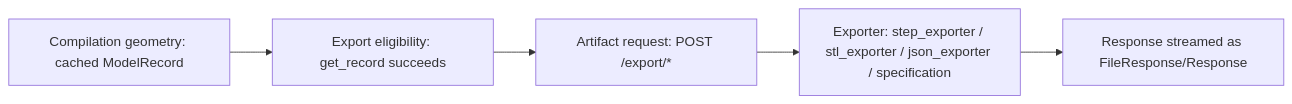
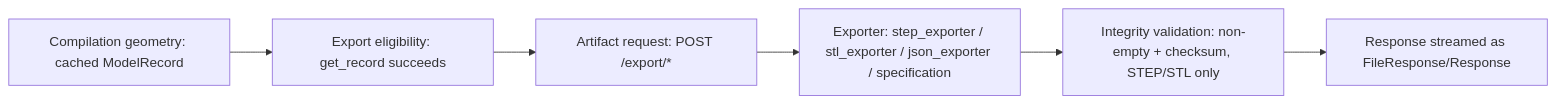
One commit to Armandog24-afk/JewelMind changed the diagram in docs/bible/08-alchemist/180-export-generation-integration.md. Above: the diagram before and after it, drawn with Mermaid. The commit also changed other lines of this file and 80 other files, not shown here.

````diff
--- a/docs/bible/08-alchemist/180-export-generation-integration.md
+++ b/docs/bible/08-alchemist/180-export-generation-integration.md
@@ -23,7 +23,8 @@
 ```mermaid
 flowchart LR
     G[Compilation geometry: cached ModelRecord] --> E[Export eligibility: get_record succeeds]
     E --> R[Artifact request: POST /export/*]
     R --> X[Exporter: step_exporter / stl_exporter / json_exporter / specification]
-    X --> V[Response streamed as FileResponse/Response]
+    X --> I[Integrity validation: non-empty + checksum, STEP/STL only]
+    I --> V[Response streamed as FileResponse/Response]
 ```
````
